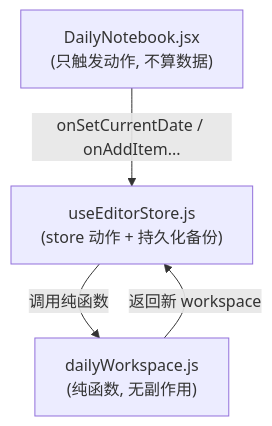
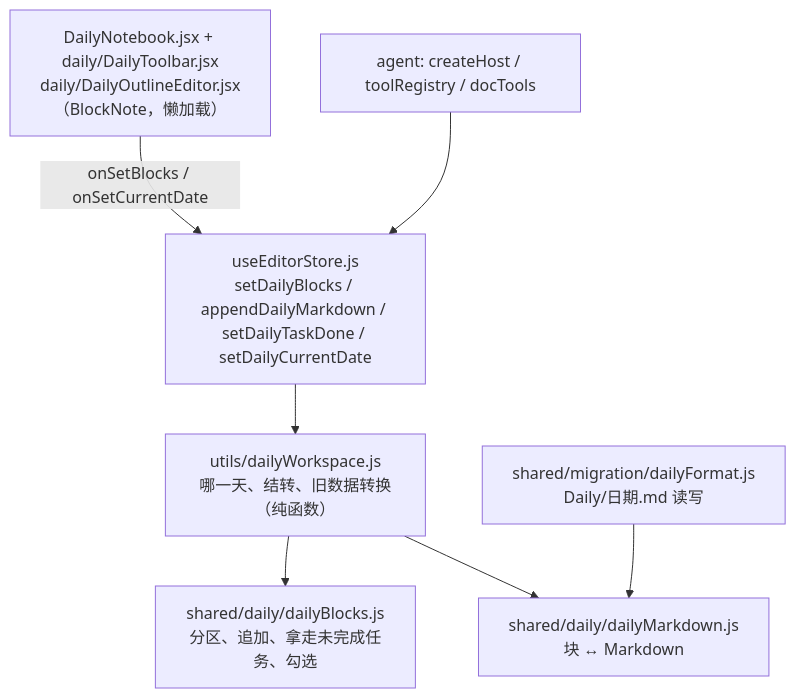
One commit to Canace22/md-render changed the diagram in .agents/skills/md-render-daily/SKILL.md. Above: the diagram before and after it, drawn with Mermaid. The commit also changed other lines of this file and 10 other files, not shown here.

````diff
--- a/.agents/skills/md-render-daily/SKILL.md
+++ b/.agents/skills/md-render-daily/SKILL.md
@@ -12,6 +13,9 @@
 ```mermaid
 flowchart TD
-    UI["DailyNotebook.jsx<br/>(只触发动作, 不算数据)"] -->|onSetCurrentDate / onAddItem...| S["useEditorStore.js<br/>(store 动作 + 持久化备份)"]
-    S -->|调用纯函数| U["dailyWorkspace.js<br/>(纯函数, 无副作用)"]
-    U -->|返回新 workspace| S
+    UI["DailyNotebook.jsx + daily/DailyToolbar.jsx<br/>daily/DailyOutlineEditor.jsx（BlockNote，懒加载）"] -->|onSetBlocks / onSetCurrentDate| S["useEditorStore.js<br/>setDailyBlocks / appendDailyMarkdown / setDailyTaskDone / setDailyCurrentDate"]
+    S --> W["utils/dailyWorkspace.js<br/>哪一天、结转、旧数据转换（纯函数）"]
+    W --> B["shared/daily/dailyBlocks.js<br/>分区、追加、拿走未完成任务、勾选"]
+    W --> M["shared/daily/dailyMarkdown.js<br/>块 ↔ Markdown"]
+    F["shared/migration/dailyFormat.js<br/>Daily/日期.md 读写"] --> M
+    A["agent: createHost / toolRegistry / docTools"] --> S
 ```
````
